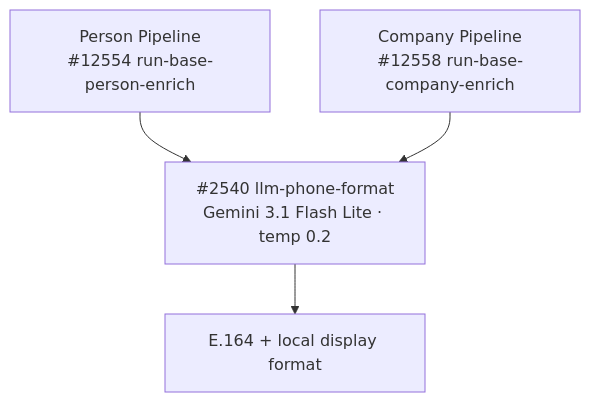
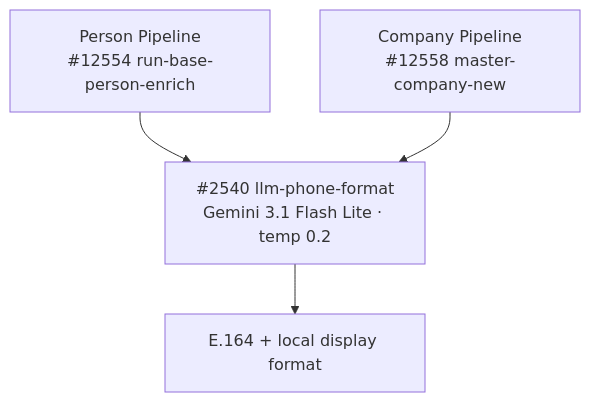
One commit to M-Pederson/docs changed the diagram in guides/enrichment/general/model-summary.mdx. Above: the diagram before and after it, drawn with Mermaid. The commit also changed 1 other file, not shown here.

Commit message:
docs(model-summary): label #12558 consistently as master-company-new
Two Pipeline Call Chain diagrams tagged #12558 with stale names
(run-base-company-enrich, enrich-company-v2). The id is authoritative —
#12558 is mvp/get-add/master-company-new — so both now read
"#12558 master-company-new".

````diff
--- a/guides/enrichment/general/model-summary.mdx
+++ b/guides/enrichment/general/model-summary.mdx
@@ -28,6 +28,6 @@
 ```mermaid
 graph TD
     A["Person Pipeline<br/>#12554 run-base-person-enrich"] --> C["#2540 llm-phone-format<br/>Gemini 3.1 Flash Lite · temp 0.2"]
-    B["Company Pipeline<br/>#12558 run-base-company-enrich"] --> C
+    B["Company Pipeline<br/>#12558 master-company-new"] --> C
     C --> D["E.164 + local display format"]
 ```
````
